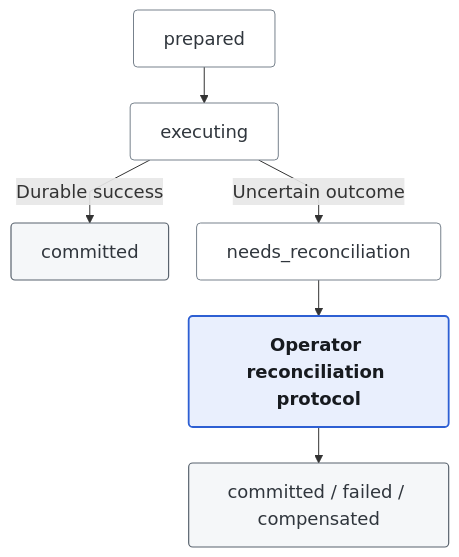
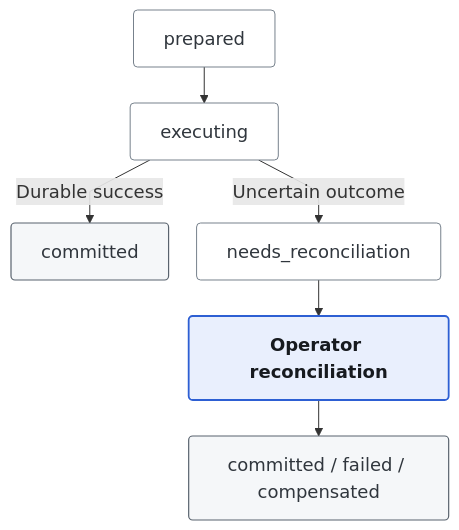
The second of 2 diagrams in docs/runtime/durable-recovery.md (hoiyd/agentflow-platform), drawn with Mermaid before and after one commit. The commit also changed other lines of this file and 14 other files, not shown here.

````diff
--- a/docs/runtime/durable-recovery.md
+++ b/docs/runtime/durable-recovery.md
@@ -159,19 +149,19 @@
 ```mermaid
 ---
 config:
   fontFamily: '-apple-system, BlinkMacSystemFont, Segoe UI, Helvetica, Arial, sans-serif'
   themeVariables: {fontSize: 18px}
   flowchart: {curve: linear, nodeSpacing: 28, rankSpacing: 36}
 ---
 flowchart TD
     Prepared["prepared"] --> Executing["executing"]
     Executing -->|Durable success| Committed["committed"]
     Executing -->|Uncertain outcome| Uncertain["needs_reconciliation"]
-    Uncertain --> Protocol["Operator reconciliation protocol"]
-    Protocol --> Resolved["committed / failed / compensated"]
+    Uncertain --> Reconcile["Operator reconciliation"]
+    Reconcile --> Resolved["committed / failed / compensated"]
     classDef default fill:#ffffff,stroke:#77818c,color:#30363d,stroke-width:1px,rx:4px,ry:4px;
     classDef focus fill:#e9effd,stroke:#2d5fd3,color:#171a1f,stroke-width:1.8px,font-weight:600;
     classDef durable fill:#f5f7f9,stroke:#59636e,color:#30363d,stroke-width:1.2px;
-    class Protocol focus;
+    class Reconcile focus;
     class Committed,Resolved durable;
 ```
````
